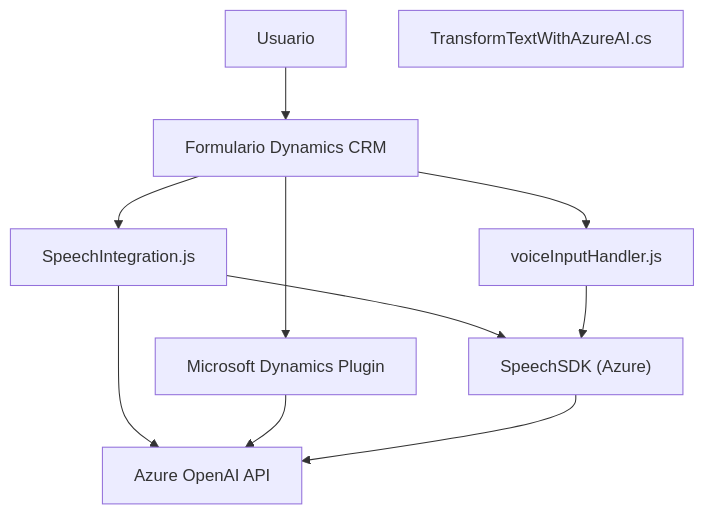
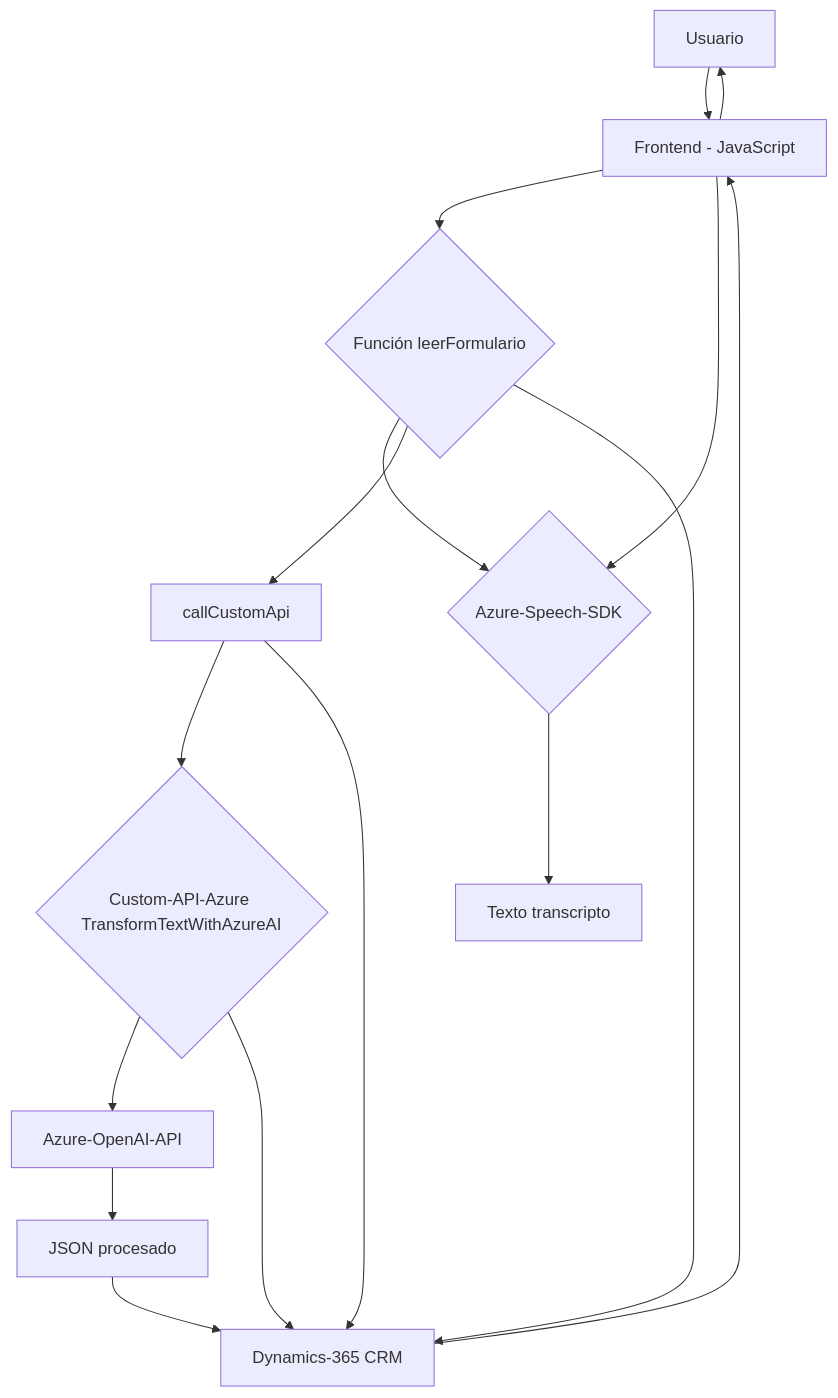
Before and after one commit to blopezdm/NETCORE_BILBAO2025: the diagram in README.md, drawn with Mermaid. The commit also changed other lines of this file, not shown here.

````diff
--- a/README.md
+++ b/README.md
@@ -38,21 +42,18 @@
 ```mermaid
 graph TD
-    A["Usuario"]
-    B["Formulario Dynamics CRM"]
-    C["SpeechIntegration.js"]
-    D["voiceInputHandler.js"]
-    E["SpeechSDK (Azure)"]
-    F["Azure OpenAI API"]
-    G["TransformTextWithAzureAI.cs"]
-    H["Microsoft Dynamics Plugin"]
-
-    A --> B
-    B --> C
-    B --> D
-    C --> E
-    C --> F
-    D --> E
-    B --> H
-    H --> F
-    E --> F
+  A["Usuario"] --> B["Frontend - JavaScript"]
+  B --> C{"Función leerFormulario"}
+  B --> D{"Azure-Speech-SDK"}
+  C --> D
+  C --> E["callCustomApi"]
+  E --> F{"Custom-API-Azure TransformTextWithAzureAI"}
+  F --> G["Azure-OpenAI-API"]
+  G --> H["JSON procesado"]
+  F --> I["Dynamics-365 CRM"]
+  D --> K["Texto transcripto"]
+  E --> I
+  C --> I
+  H --> I
+  I --> B
+  B --> A
 ```
````
